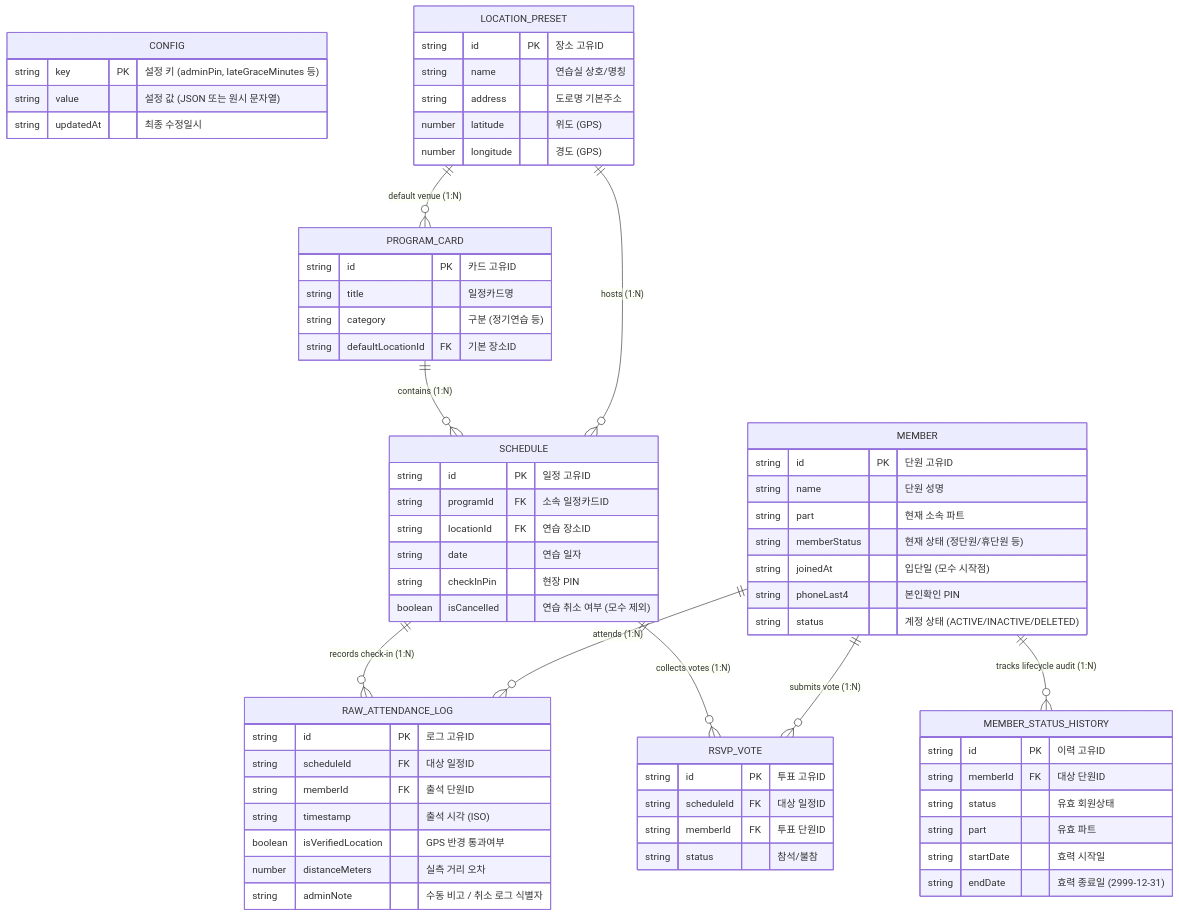
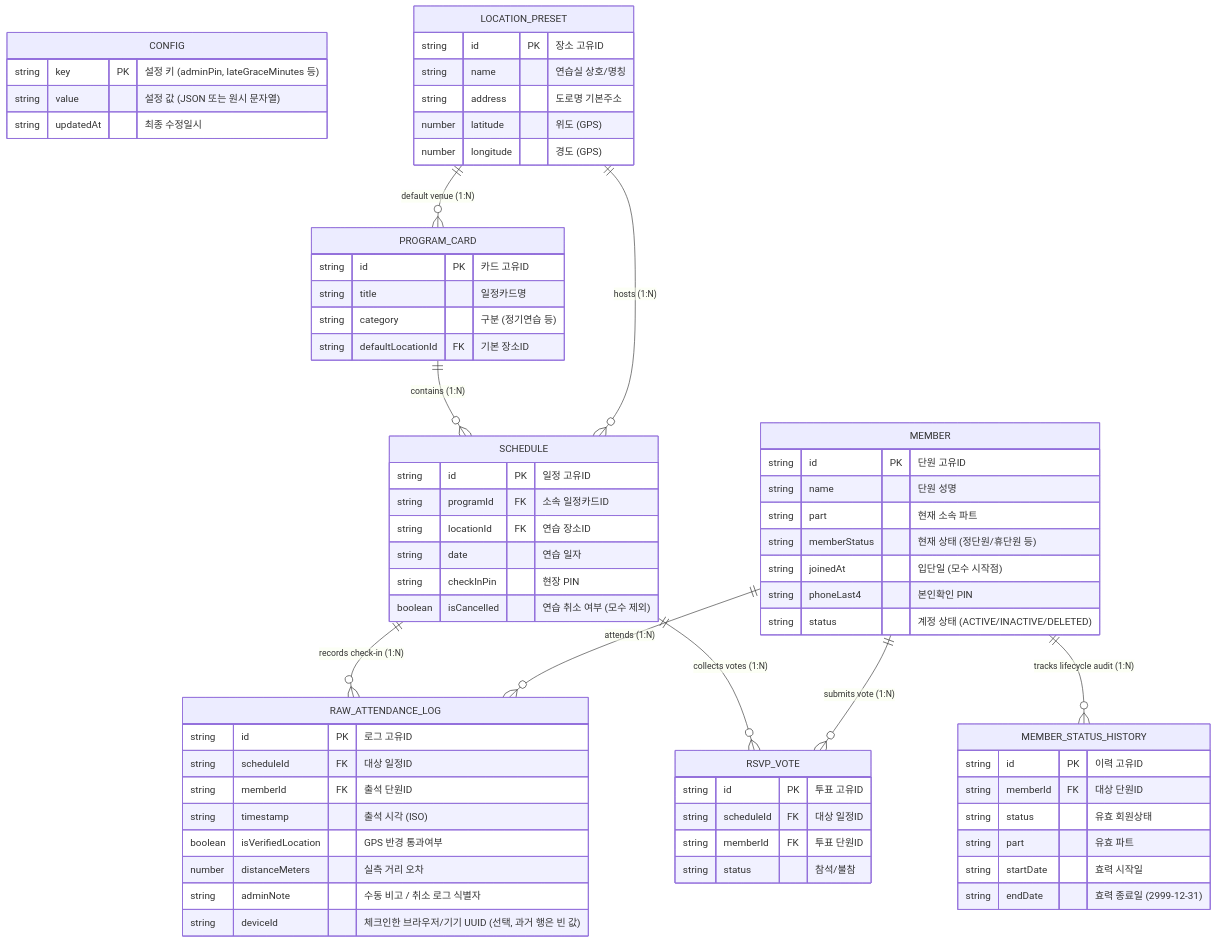
The first of 2 diagrams in docs/DATA_SCHEMA.md (leejy9/moonchoir-rollbook), drawn with Mermaid before and after one commit. The commit also changed other lines of this file and 11 other files, not shown here.

````diff
--- a/docs/DATA_SCHEMA.md
+++ b/docs/DATA_SCHEMA.md
@@ -13,79 +13,80 @@
 ```mermaid
 erDiagram
     CONFIG {
         string key PK "설정 키 (adminPin, lateGraceMinutes 등)"
         string value "설정 값 (JSON 또는 원시 문자열)"
         string updatedAt "최종 수정일시"
     }
 
     PROGRAM_CARD ||--o{ SCHEDULE : "contains (1:N)"
     LOCATION_PRESET ||--o{ SCHEDULE : "hosts (1:N)"
     LOCATION_PRESET ||--o{ PROGRAM_CARD : "default venue (1:N)"
     
     SCHEDULE ||--o{ RAW_ATTENDANCE_LOG : "records check-in (1:N)"
     SCHEDULE ||--o{ RSVP_VOTE : "collects votes (1:N)"
     
     MEMBER ||--o{ RAW_ATTENDANCE_LOG : "attends (1:N)"
     MEMBER ||--o{ RSVP_VOTE : "submits vote (1:N)"
     MEMBER ||--o{ MEMBER_STATUS_HISTORY : "tracks lifecycle audit (1:N)"
 
     PROGRAM_CARD {
         string id PK "카드 고유ID"
         string title "일정카드명"
         string category "구분 (정기연습 등)"
         string defaultLocationId FK "기본 장소ID"
     }
 
     LOCATION_PRESET {
         string id PK "장소 고유ID"
         string name "연습실 상호/명칭"
         string address "도로명 기본주소"
         number latitude "위도 (GPS)"
         number longitude "경도 (GPS)"
     }
 
     SCHEDULE {
         string id PK "일정 고유ID"
         string programId FK "소속 일정카드ID"
         string locationId FK "연습 장소ID"
         string date "연습 일자"
         string checkInPin "현장 PIN"
         boolean isCancelled "연습 취소 여부 (모수 제외)"
     }
 
     MEMBER {
         string id PK "단원 고유ID"
         string name "단원 성명"
         string part "현재 소속 파트"
         string memberStatus "현재 상태 (정단원/휴단원 등)"
         string joinedAt "입단일 (모수 시작점)"
         string phoneLast4 "본인확인 PIN"
         string status "계정 상태 (ACTIVE/INACTIVE/DELETED)"
     }
 
     MEMBER_STATUS_HISTORY {
         string id PK "이력 고유ID"
         string memberId FK "대상 단원ID"
         string status "유효 회원상태"
         string part "유효 파트"
         string startDate "효력 시작일"
         string endDate "효력 종료일 (2999-12-31)"
     }
 
     RAW_ATTENDANCE_LOG {
         string id PK "로그 고유ID"
         string scheduleId FK "대상 일정ID"
         string memberId FK "출석 단원ID"
         string timestamp "출석 시각 (ISO)"
         boolean isVerifiedLocation "GPS 반경 통과여부"
         number distanceMeters "실측 거리 오차"
         string adminNote "수동 비고 / 취소 로그 식별자"
+        string deviceId "체크인한 브라우저/기기 UUID (선택, 과거 행은 빈 값)"
     }
 
     RSVP_VOTE {
         string id PK "투표 고유ID"
         string scheduleId FK "대상 일정ID"
         string memberId FK "투표 단원ID"
         string status "참석/불참"
     }
 ```
````
